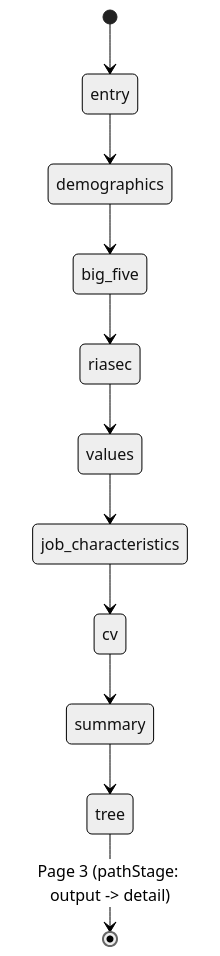
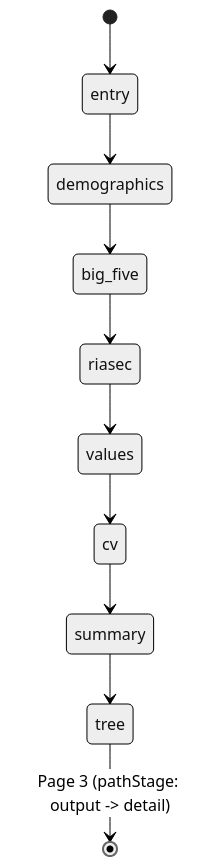
Before and after one commit to H1di/ai_survey: the first of 3 diagrams in ASSESSMENT-LOGIC.md, drawn with Mermaid (neutral theme). The commit also changed other lines of this file and 28 other files, not shown here.

First line of the commit message:
refactor: remove the job-characteristics step and its 7 parameters

````diff
--- a/ASSESSMENT-LOGIC.md
+++ b/ASSESSMENT-LOGIC.md
@@ -38,13 +38,12 @@
 ```mermaid
 stateDiagram-v2
     [*] --> entry
     entry --> demographics
     demographics --> big_five
     big_five --> riasec
     riasec --> values
-    values --> job_characteristics
-    job_characteristics --> cv
+    values --> cv
     cv --> summary
     summary --> tree
     tree --> [*]: Page 3 (pathStage: output -> detail)
 ```
````
